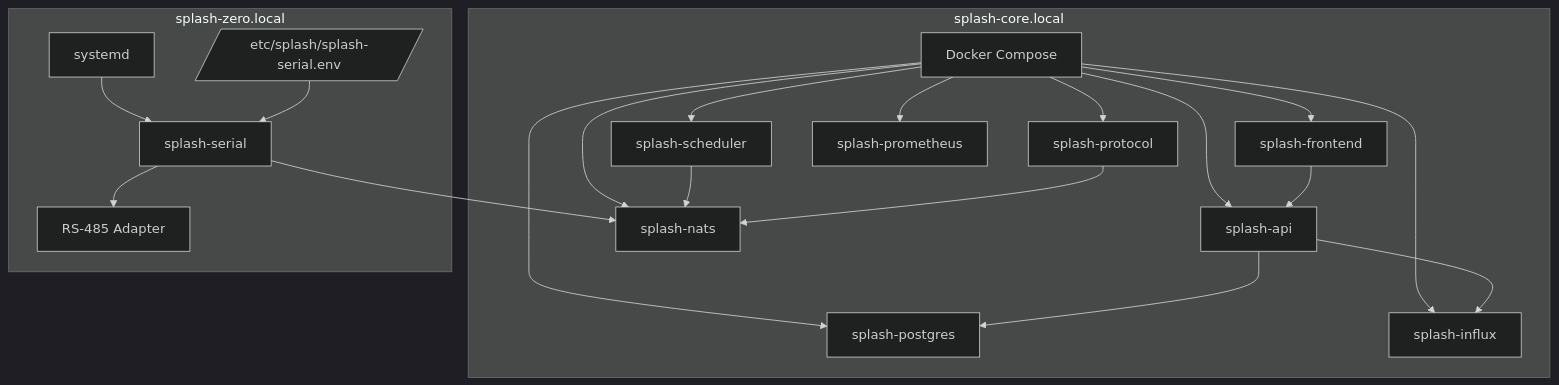
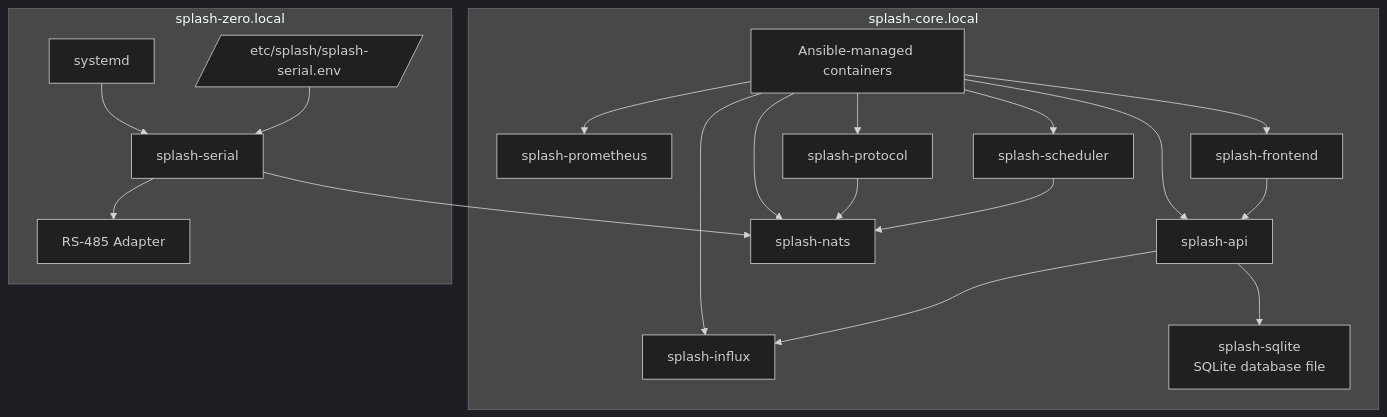
One commit to devinrader/splash-wiki changed the diagram in Architecture-Deployment.md. Above: the diagram before and after it, drawn with Mermaid (dark theme). The commit also changed other lines of this file and 26 other files, not shown here.

````diff
--- a/Architecture-Deployment.md
+++ b/Architecture-Deployment.md
@@ -11,39 +11,38 @@
 ```mermaid
 flowchart TB
   subgraph core[splash-core.local]
-    compose[Docker Compose]
+    ansible[Ansible-managed containers]
     frontend[splash-frontend]
     api[splash-api]
     scheduler[splash-scheduler]
     protocol[splash-protocol]
     nats[splash-nats]
-    postgres[splash-postgres]
+    sqlite[splash-sqlite\nSQLite database file]
     influx[splash-influx]
     prometheus[splash-prometheus]
   end
 
   subgraph zero[splash-zero.local]
     systemd[systemd]
     serial[splash-serial]
     env[/etc/splash/splash-serial.env/]
     rs485[RS-485 Adapter]
   end
 
   systemd --> serial
   env --> serial
-  compose --> frontend
-  compose --> api
-  compose --> scheduler
-  compose --> protocol
-  compose --> nats
-  compose --> postgres
-  compose --> influx
-  compose --> prometheus
+  ansible --> frontend
+  ansible --> api
+  ansible --> scheduler
+  ansible --> protocol
+  ansible --> nats
+  ansible --> influx
+  ansible --> prometheus
   serial --> nats
   serial --> rs485
-  api --> postgres
+  api --> sqlite
   api --> influx
   scheduler --> nats
   protocol --> nats
   frontend --> api
 ```
````
